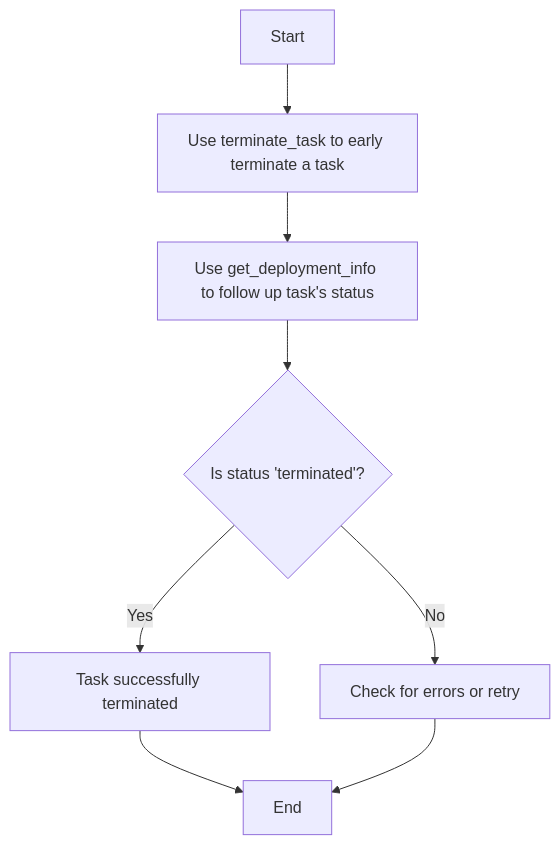
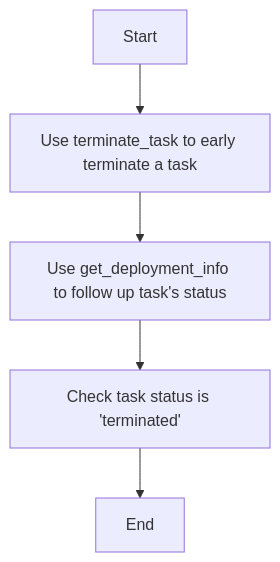
The third of 3 diagrams in docs/sdk/flowchart.md (alphaflows/workbench), drawn with Mermaid before and after one commit. The commit also changed other lines of this file and 1 other file, not shown here.

````diff
--- a/docs/sdk/flowchart.md
+++ b/docs/sdk/flowchart.md
@@ -56,10 +55,7 @@
 ```mermaid
 flowchart TD
     A[Start] --> B[Use terminate_task to early terminate a task]
     B --> C[Use get_deployment_info to follow up task's status]
-    C --> D{Is status 'terminated'?}
-    D -->|Yes| E[Task successfully terminated]
-    D -->|No| F[Check for errors or retry]
-    E --> G[End]
-    F --> G
+    C --> D[Check task status is 'terminated']
+    D --> G[End]
 ```
````
